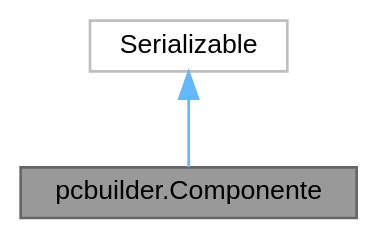
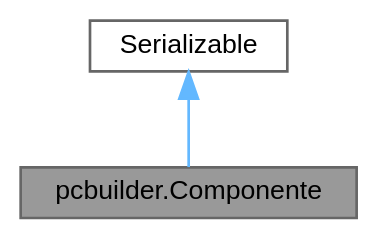
The diagram in classpcbuilder_1_1Componente__coll__graph.dot (DenisAC2/PC-Builder-Java), drawn with Graphviz before and after one commit. The commit also changed 182 other files, not shown here.

```diff
--- a/classpcbuilder_1_1Componente__coll__graph.dot
+++ b/classpcbuilder_1_1Componente__coll__graph.dot
@@ -1,10 +1,10 @@
 digraph "pcbuilder.Componente"
 {
  // LATEX_PDF_SIZE
   bgcolor="transparent";
   edge [fontname=Helvetica,fontsize=10,labelfontname=Helvetica,labelfontsize=10];
   node [fontname=Helvetica,fontsize=10,shape=box,height=0.2,width=0.4];
   Node1 [id="Node000001",label="pcbuilder.Componente",height=0.2,width=0.4,color="gray40", fillcolor="grey60", style="filled", fontcolor="black",tooltip="Classe abstrata base para todos os hardwares do sistema. Centraliza os atributos comuns como marca,..."];
   Node2 -> Node1 [id="edge1_Node000001_Node000002",dir="back",color="steelblue1",style="solid",tooltip=" "];
-  Node2 [id="Node000002",label="Serializable",height=0.2,width=0.4,color="grey75", fillcolor="white", style="filled",tooltip=" "];
+  Node2 [id="Node000002",label="Serializable",height=0.2,width=0.4,color="gray40", fillcolor="white", style="filled",tooltip=" "];
 }
```
